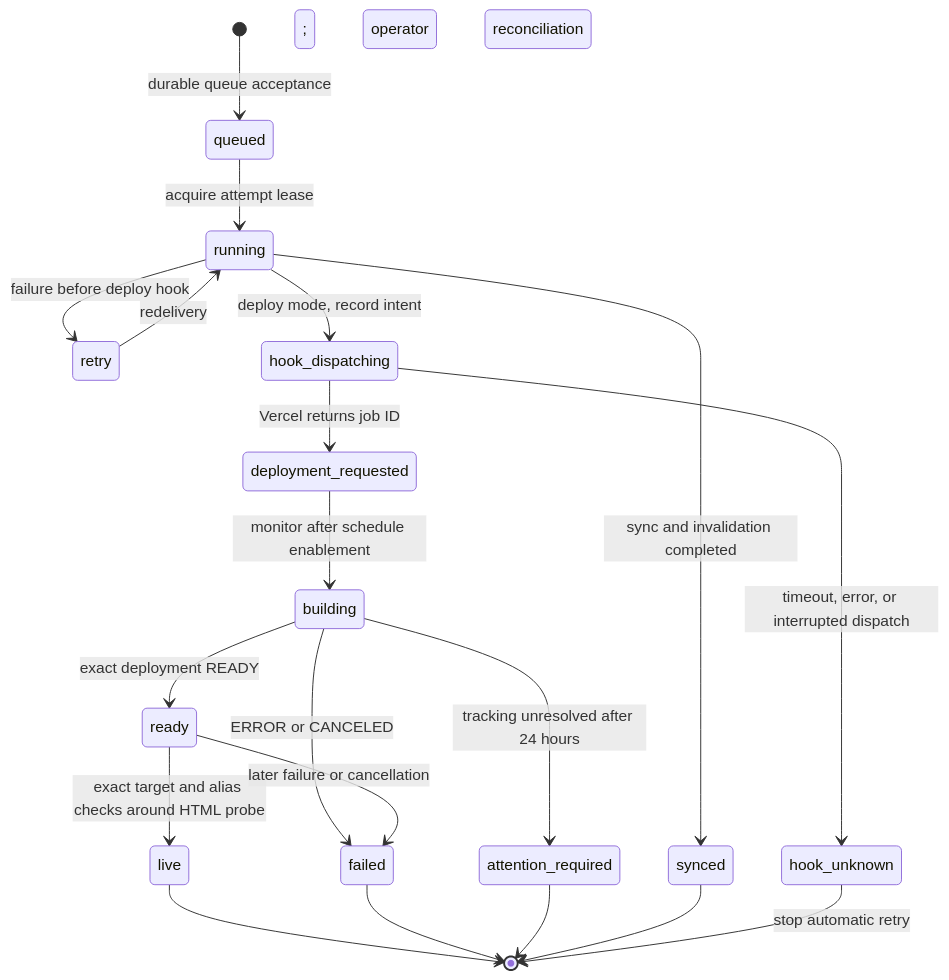
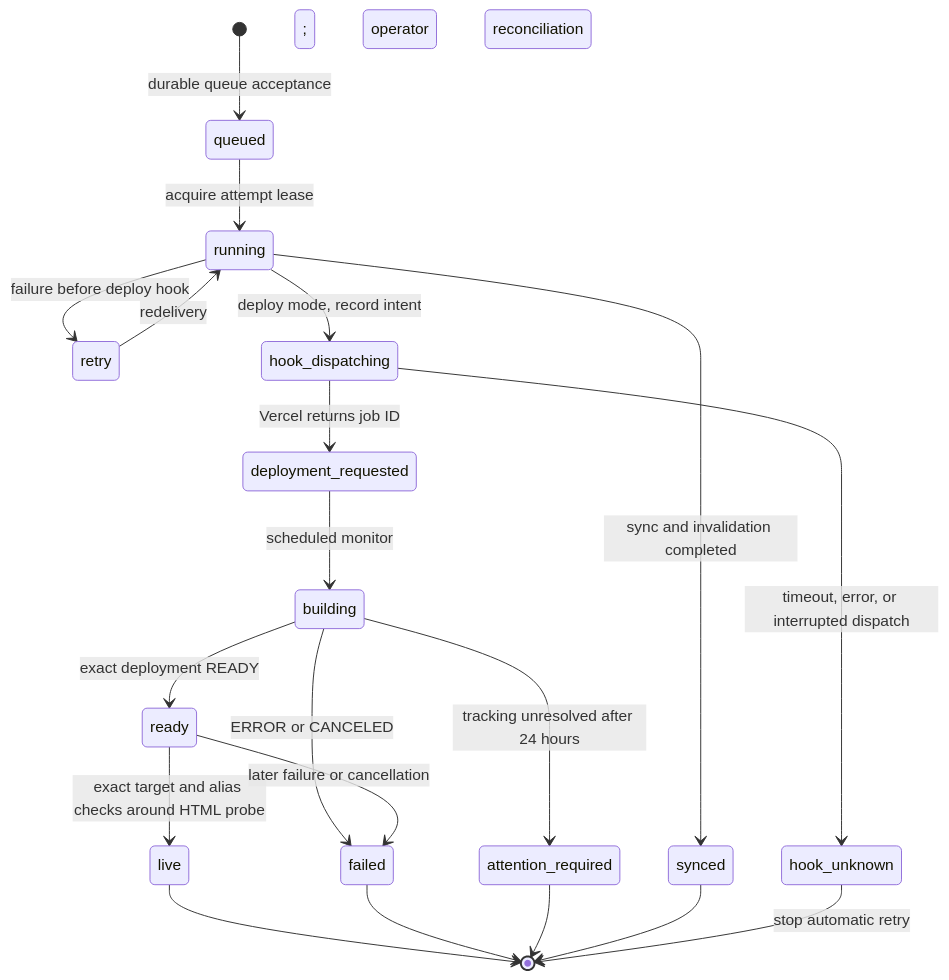
The fourth of 5 diagrams in docs/ARCHITECTURE.md (MONO-Advertising/mono-deployer), drawn with Mermaid before and after one commit. The commit also changed other lines of this file and 1 other file, not shown here.

Commit message:
Record live status monitor rollout and pending rebuild verification

````diff
--- a/docs/ARCHITECTURE.md
+++ b/docs/ARCHITECTURE.md
@@ -193,22 +195,22 @@
 ```mermaid
 stateDiagram-v2
   [*] --> queued: durable queue acceptance
   queued --> running: acquire attempt lease
   retry --> running: redelivery
   running --> retry: failure before deploy hook
   running --> synced: sync and invalidation completed
   running --> hook_dispatching: deploy mode, record intent
   hook_dispatching --> deployment_requested: Vercel returns job ID
   hook_dispatching --> hook_unknown: timeout, error, or interrupted dispatch
-  deployment_requested --> building: monitor after schedule enablement
+  deployment_requested --> building: scheduled monitor
   building --> ready: exact deployment READY
   ready --> live: exact target and alias checks around HTML probe
   building --> failed: ERROR or CANCELED
   ready --> failed: later failure or cancellation
   building --> attention_required: tracking unresolved after 24 hours
   live --> [*]
   failed --> [*]
   attention_required --> [*]
   synced --> [*]
   hook_unknown --> [*]: stop automatic retry; operator reconciliation
 ```
````
